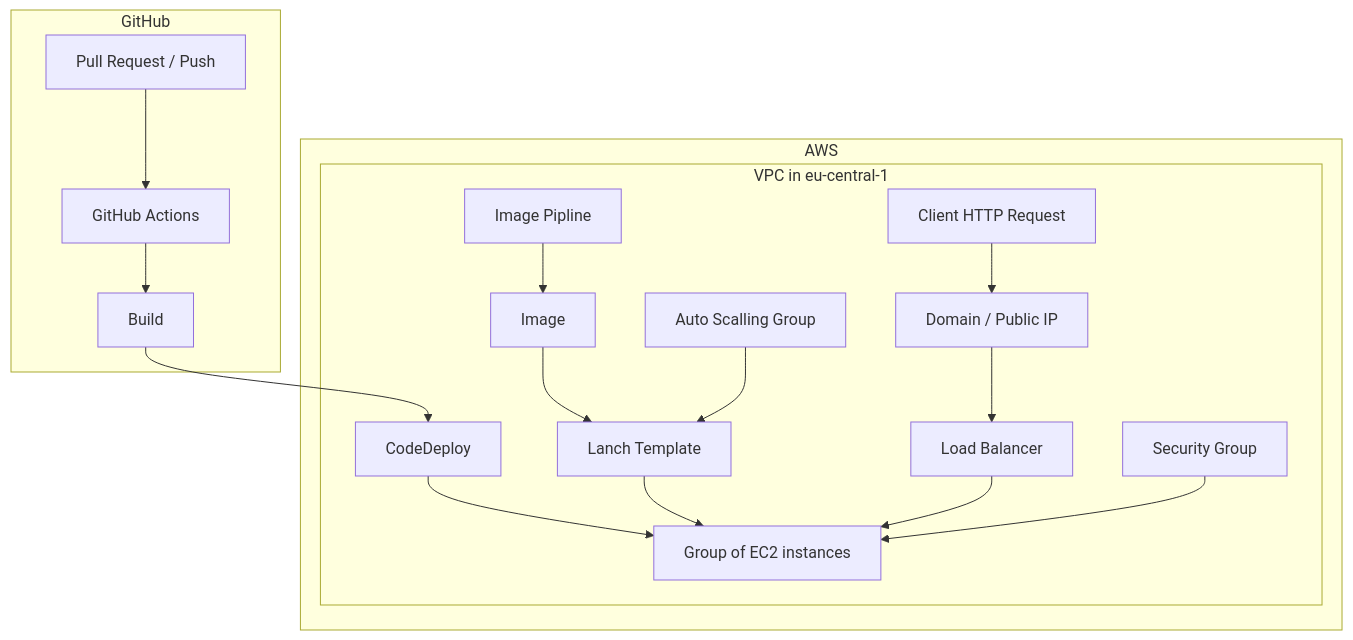
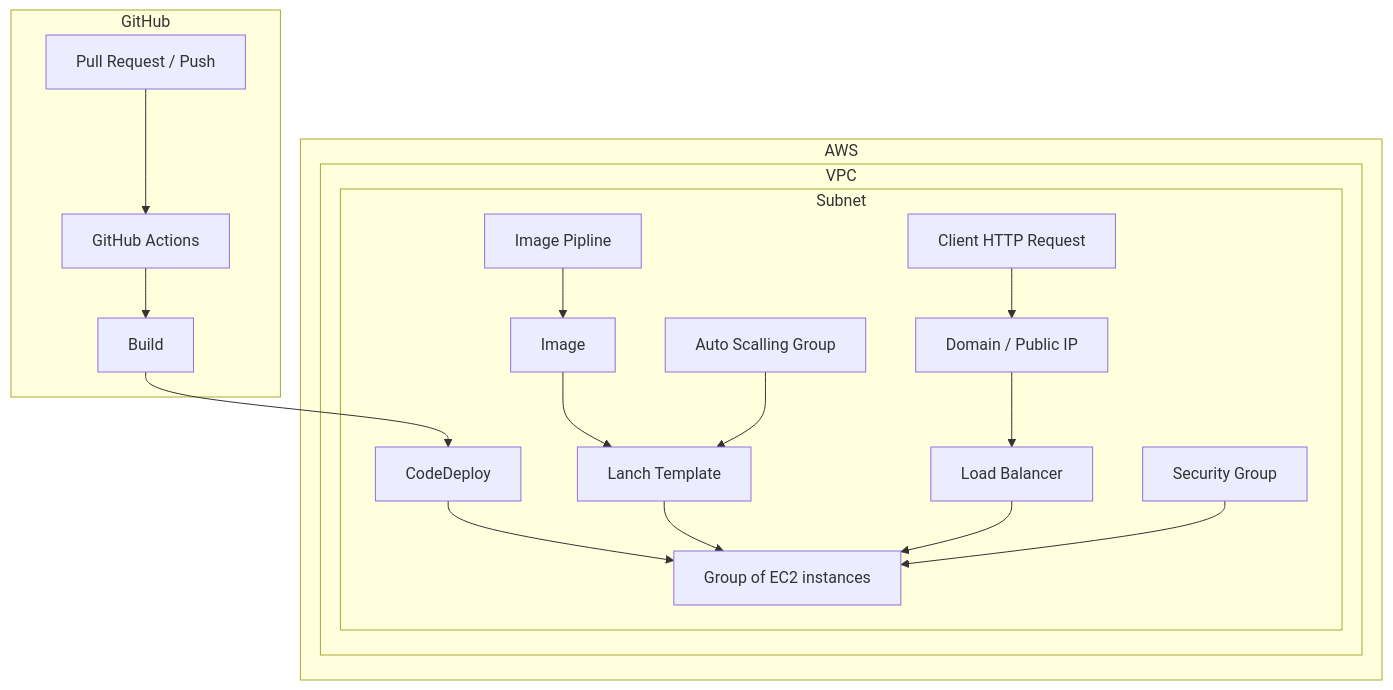
One commit to omer-priel/madabclick changed the second of 2 diagrams in README.md. Above: the diagram before and after it, drawn with Mermaid. The commit also changed other lines of this file and 3 other files, not shown here.

````diff
--- a/README.md
+++ b/README.md
@@ -48,18 +30,20 @@
 ```mermaid
 flowchart TD
   subgraph GitHub
     PR[Pull Request / Push] --> GA[GitHub Actions] --> Build 
   end
 
   subgraph AWS
-    subgraph VPC[VPC in eu-central-1]
-      CodeDeploy --> EC2[Group of EC2 instances]
-      IP[Image Pipline] --> Image --> LT[Lanch Template]
-      ASG[Auto Scalling Group] --> LT --> EC2
-      CHR[Client HTTP Request] --> Domain[Domain / Public IP] --> LB[Load Balancer] --> EC2
-      SG[Security Group] --> EC2
+    subgraph VPC
+      subgraph Subnet
+        CodeDeploy --> EC2[Group of EC2 instances]
+        IP[Image Pipline] --> Image --> LT[Lanch Template]
+        ASG[Auto Scalling Group] --> LT --> EC2
+        CHR[Client HTTP Request] --> Domain[Domain / Public IP] --> LB[Load Balancer] --> EC2
+        SG[Security Group] --> EC2
+      end
     end
   end
     
   Build --> CodeDeploy
 ```
````
